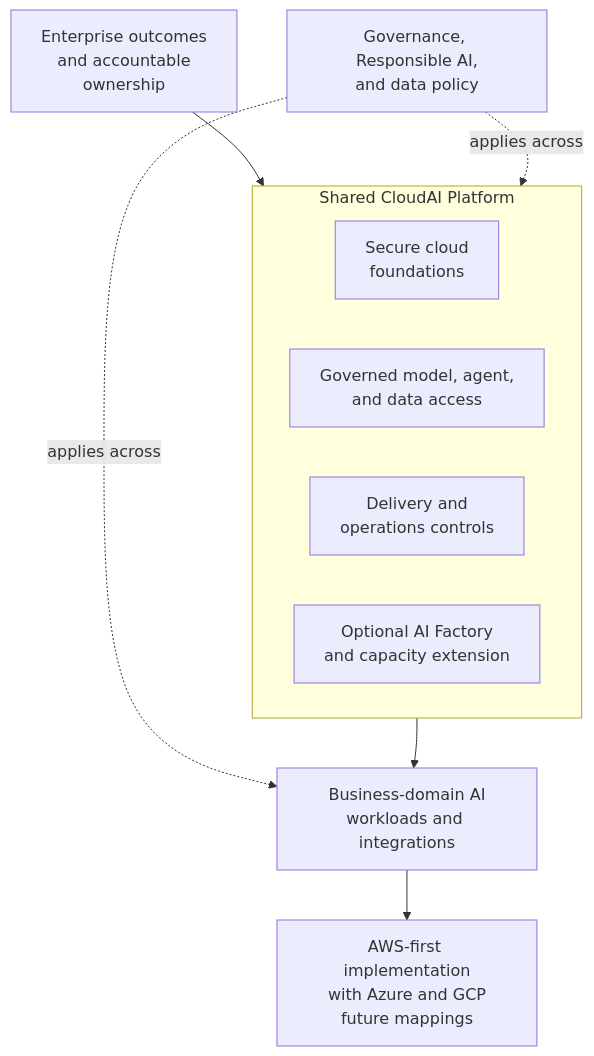
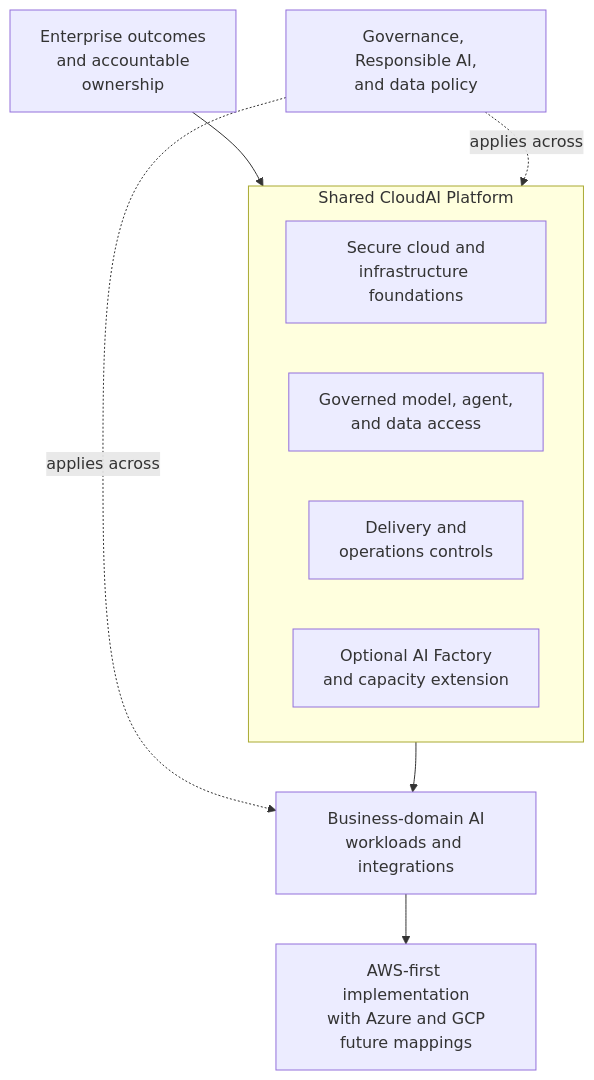
The first of 3 diagrams in docs/architecture/architecture.md (afaryy/cloudai-platform), drawn with Mermaid before and after one commit. The commit also changed other lines of this file and 7 other files, not shown here.

````diff
--- a/docs/architecture/architecture.md
+++ b/docs/architecture/architecture.md
@@ -19,22 +19,22 @@
 ```mermaid
 flowchart TB
   outcome["Enterprise outcomes<br/>and accountable<br/>ownership"]
   policy["Governance, Responsible AI,<br/>and data policy"]
 
   subgraph platform["Shared CloudAI Platform"]
-    foundations["Secure cloud<br/>foundations"]
+    foundations["Secure cloud and<br/>infrastructure foundations"]
     access["Governed model, agent,<br/>and data access"]
     delivery["Delivery and<br/>operations controls"]
     capacity["Optional AI Factory<br/>and capacity extension"]
   end
 
   workloads["Business-domain AI<br/>workloads and integrations"]
   providers["AWS-first implementation<br/>with Azure and GCP<br/>future mappings"]
 
   outcome --> platform
   policy -. "applies across" .-> platform
   policy -. "applies across" .-> workloads
   platform --> workloads
   workloads --> providers
 
 ```
````
